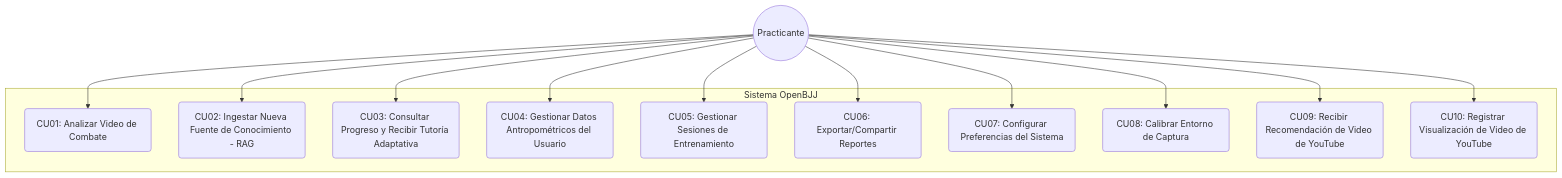
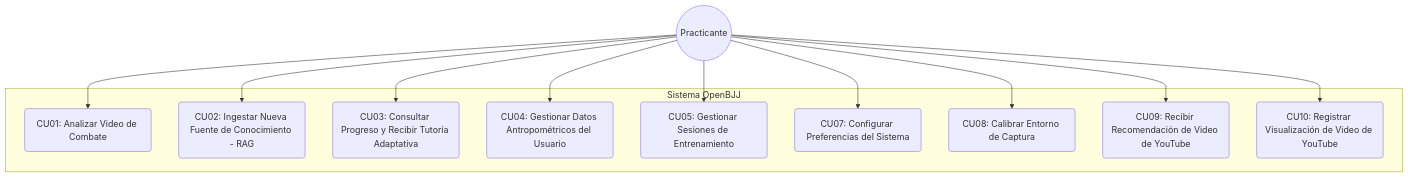
One commit to Tsmrain/Documentacion changed the second of 14 diagrams in README.md. Above: the diagram before and after it, drawn with Mermaid. The commit also changed other lines of this file and 1 other file, not shown here.

````diff
--- a/README.md
+++ b/README.md
@@ -643,28 +643,26 @@
 ```mermaid
 flowchart TD
     Practicante((Practicante))
     
     subgraph "Sistema OpenBJJ"
         CU01(CU01: Analizar Video de Combate)
         CU02(CU02: Ingestar Nueva Fuente de Conocimiento - RAG)
         CU03(CU03: Consultar Progreso y Recibir Tutoría Adaptativa)
         CU04(CU04: Gestionar Datos Antropométricos del Usuario)
         CU05(CU05: Gestionar Sesiones de Entrenamiento)
-        CU06(CU06: Exportar/Compartir Reportes)
         CU07(CU07: Configurar Preferencias del Sistema)
         CU08(CU08: Calibrar Entorno de Captura)
         CU09(CU09: Recibir Recomendación de Video de YouTube)
         CU10(CU10: Registrar Visualización de Video de YouTube)
     end
     
     Practicante --> CU01
     Practicante --> CU02
     Practicante --> CU03
     Practicante --> CU04
     Practicante --> CU05
-    Practicante --> CU06
     Practicante --> CU07
     Practicante --> CU08
     Practicante --> CU09
     Practicante --> CU10
 ```
````
